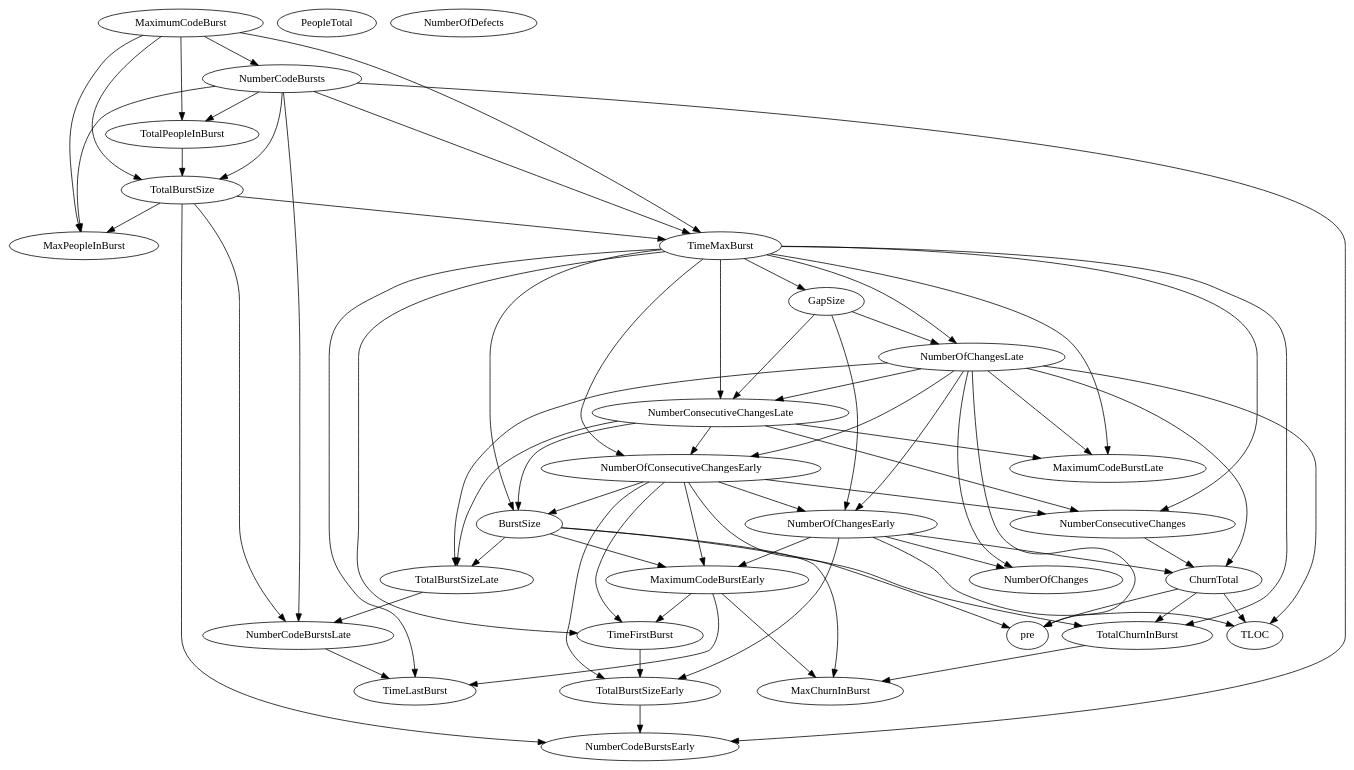
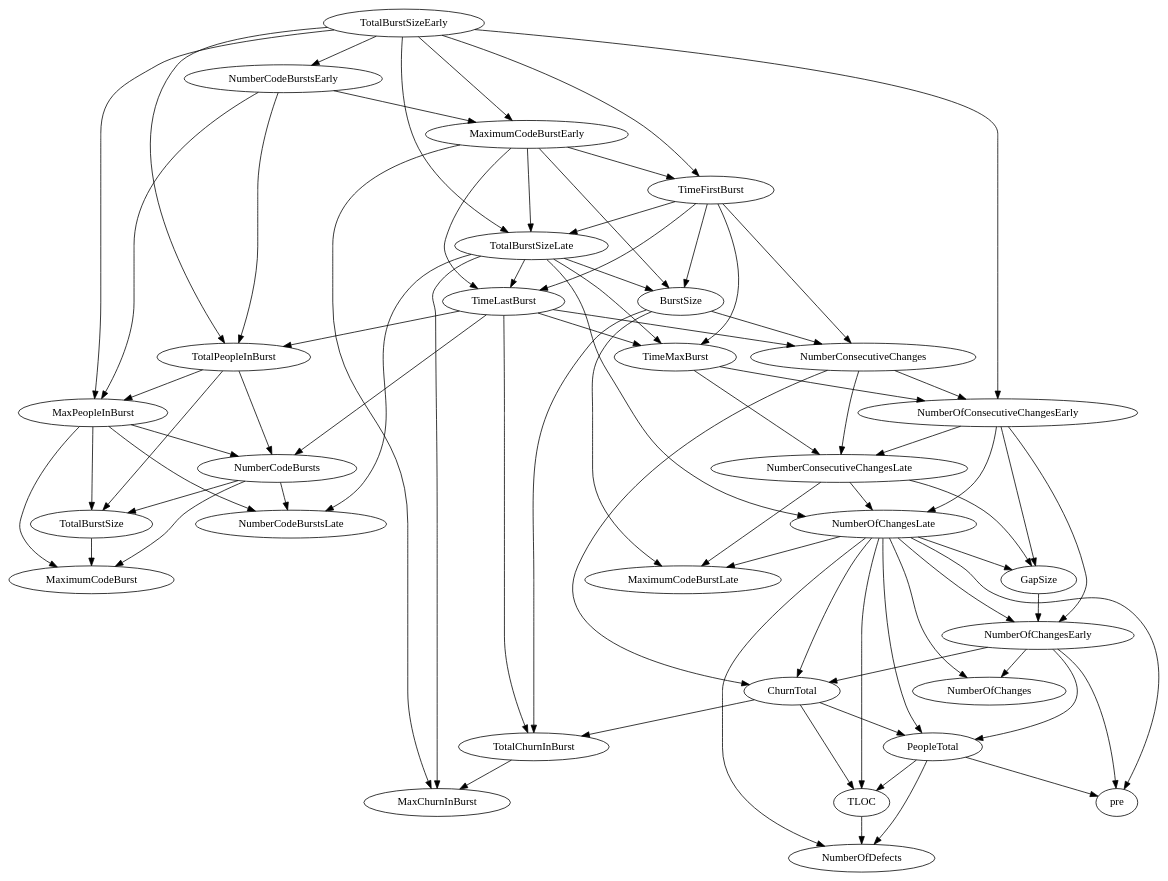
One commit to Broshen/defect_prediction_analysis changed the diagram in experiment_3/bn_graphs/weekly/classes/ECLIPSE20_ALLGAPS_ALLBURSTS/ECLIPSE20_ALLGAPS_ALLBURSTS_bn_5.dot. Above: the diagram before and after it, drawn with Graphviz. The commit also changed 340 other files, not shown here.

```diff
--- a/experiment_3/bn_graphs/weekly/classes/ECLIPSE20_ALLGAPS_ALLBURSTS/ECLIPSE20_ALLGAPS_ALLBURSTS_bn_5.dot
+++ b/experiment_3/bn_graphs/weekly/classes/ECLIPSE20_ALLGAPS_ALLBURSTS/ECLIPSE20_ALLGAPS_ALLBURSTS_bn_5.dot
@@ -1,102 +1,110 @@
 digraph {
    TotalPeopleInBurst;
    MaximumCodeBurstLate;
    NumberOfChanges;
    MaxPeopleInBurst;
    TotalBurstSizeLate;
    NumberCodeBurstsLate;
    NumberOfChangesLate;
    NumberOfChangesEarly;
    MaxChurnInBurst;
    MaximumCodeBurstEarly;
    NumberCodeBurstsEarly;
    TimeFirstBurst;
    TotalChurnInBurst;
    ChurnTotal;
    MaximumCodeBurst;
    NumberOfConsecutiveChangesEarly;
    NumberConsecutiveChangesLate;
    TotalBurstSizeEarly;
    TotalBurstSize;
    TimeMaxBurst;
    NumberConsecutiveChanges;
    TimeLastBurst;
    NumberCodeBursts;
    PeopleTotal;
    pre;
    NumberOfDefects;
    TLOC;
    GapSize;
    BurstSize;
+   TotalPeopleInBurst -> MaxPeopleInBurst;
    TotalPeopleInBurst -> TotalBurstSize;
+   TotalPeopleInBurst -> NumberCodeBursts;
+   MaxPeopleInBurst -> NumberCodeBurstsLate;
+   MaxPeopleInBurst -> MaximumCodeBurst;
+   MaxPeopleInBurst -> TotalBurstSize;
+   MaxPeopleInBurst -> NumberCodeBursts;
    TotalBurstSizeLate -> NumberCodeBurstsLate;
-   NumberCodeBurstsLate -> TimeLastBurst;
+   TotalBurstSizeLate -> NumberOfChangesLate;
+   TotalBurstSizeLate -> MaxChurnInBurst;
+   TotalBurstSizeLate -> TimeMaxBurst;
+   TotalBurstSizeLate -> TimeLastBurst;
+   TotalBurstSizeLate -> BurstSize;
    NumberOfChangesLate -> MaximumCodeBurstLate;
    NumberOfChangesLate -> NumberOfChanges;
-   NumberOfChangesLate -> TotalBurstSizeLate;
    NumberOfChangesLate -> NumberOfChangesEarly;
    NumberOfChangesLate -> ChurnTotal;
-   NumberOfChangesLate -> NumberOfConsecutiveChangesEarly;
-   NumberOfChangesLate -> NumberConsecutiveChangesLate;
+   NumberOfChangesLate -> PeopleTotal;
    NumberOfChangesLate -> pre;
+   NumberOfChangesLate -> NumberOfDefects;
    NumberOfChangesLate -> TLOC;
+   NumberOfChangesLate -> GapSize;
    NumberOfChangesEarly -> NumberOfChanges;
-   NumberOfChangesEarly -> MaximumCodeBurstEarly;
    NumberOfChangesEarly -> ChurnTotal;
-   NumberOfChangesEarly -> TotalBurstSizeEarly;
-   NumberOfChangesEarly -> TLOC;
+   NumberOfChangesEarly -> PeopleTotal;
+   NumberOfChangesEarly -> pre;
+   MaximumCodeBurstEarly -> TotalBurstSizeLate;
    MaximumCodeBurstEarly -> MaxChurnInBurst;
    MaximumCodeBurstEarly -> TimeFirstBurst;
    MaximumCodeBurstEarly -> TimeLastBurst;
-   TimeFirstBurst -> TotalBurstSizeEarly;
+   MaximumCodeBurstEarly -> BurstSize;
+   NumberCodeBurstsEarly -> TotalPeopleInBurst;
+   NumberCodeBurstsEarly -> MaxPeopleInBurst;
+   NumberCodeBurstsEarly -> MaximumCodeBurstEarly;
+   TimeFirstBurst -> TotalBurstSizeLate;
+   TimeFirstBurst -> TimeMaxBurst;
+   TimeFirstBurst -> NumberConsecutiveChanges;
+   TimeFirstBurst -> TimeLastBurst;
+   TimeFirstBurst -> BurstSize;
    TotalChurnInBurst -> MaxChurnInBurst;
    ChurnTotal -> TotalChurnInBurst;
-   ChurnTotal -> pre;
+   ChurnTotal -> PeopleTotal;
    ChurnTotal -> TLOC;
-   MaximumCodeBurst -> TotalPeopleInBurst;
-   MaximumCodeBurst -> MaxPeopleInBurst;
-   MaximumCodeBurst -> TotalBurstSize;
-   MaximumCodeBurst -> TimeMaxBurst;
-   MaximumCodeBurst -> NumberCodeBursts;
+   NumberOfConsecutiveChangesEarly -> NumberOfChangesLate;
    NumberOfConsecutiveChangesEarly -> NumberOfChangesEarly;
-   NumberOfConsecutiveChangesEarly -> MaximumCodeBurstEarly;
-   NumberOfConsecutiveChangesEarly -> TimeFirstBurst;
-   NumberOfConsecutiveChangesEarly -> TotalBurstSizeEarly;
-   NumberOfConsecutiveChangesEarly -> NumberConsecutiveChanges;
-   NumberOfConsecutiveChangesEarly -> pre;
-   NumberOfConsecutiveChangesEarly -> BurstSize;
+   NumberOfConsecutiveChangesEarly -> NumberConsecutiveChangesLate;
+   NumberOfConsecutiveChangesEarly -> GapSize;
    NumberConsecutiveChangesLate -> MaximumCodeBurstLate;
-   NumberConsecutiveChangesLate -> TotalBurstSizeLate;
-   NumberConsecutiveChangesLate -> NumberOfConsecutiveChangesEarly;
-   NumberConsecutiveChangesLate -> NumberConsecutiveChanges;
-   NumberConsecutiveChangesLate -> BurstSize;
+   NumberConsecutiveChangesLate -> NumberOfChangesLate;
+   NumberConsecutiveChangesLate -> GapSize;
+   TotalBurstSizeEarly -> TotalPeopleInBurst;
+   TotalBurstSizeEarly -> MaxPeopleInBurst;
+   TotalBurstSizeEarly -> TotalBurstSizeLate;
+   TotalBurstSizeEarly -> MaximumCodeBurstEarly;
    TotalBurstSizeEarly -> NumberCodeBurstsEarly;
-   TotalBurstSize -> MaxPeopleInBurst;
-   TotalBurstSize -> NumberCodeBurstsLate;
-   TotalBurstSize -> NumberCodeBurstsEarly;
-   TotalBurstSize -> TimeMaxBurst;
-   TimeMaxBurst -> MaximumCodeBurstLate;
-   TimeMaxBurst -> NumberOfChangesLate;
-   TimeMaxBurst -> TimeFirstBurst;
-   TimeMaxBurst -> TotalChurnInBurst;
+   TotalBurstSizeEarly -> TimeFirstBurst;
+   TotalBurstSizeEarly -> NumberOfConsecutiveChangesEarly;
+   TotalBurstSize -> MaximumCodeBurst;
    TimeMaxBurst -> NumberOfConsecutiveChangesEarly;
    TimeMaxBurst -> NumberConsecutiveChangesLate;
-   TimeMaxBurst -> NumberConsecutiveChanges;
-   TimeMaxBurst -> TimeLastBurst;
-   TimeMaxBurst -> GapSize;
-   TimeMaxBurst -> BurstSize;
    NumberConsecutiveChanges -> ChurnTotal;
-   NumberCodeBursts -> TotalPeopleInBurst;
-   NumberCodeBursts -> MaxPeopleInBurst;
+   NumberConsecutiveChanges -> NumberOfConsecutiveChangesEarly;
+   NumberConsecutiveChanges -> NumberConsecutiveChangesLate;
+   TimeLastBurst -> TotalPeopleInBurst;
+   TimeLastBurst -> TotalChurnInBurst;
+   TimeLastBurst -> TimeMaxBurst;
+   TimeLastBurst -> NumberConsecutiveChanges;
+   TimeLastBurst -> NumberCodeBursts;
    NumberCodeBursts -> NumberCodeBurstsLate;
-   NumberCodeBursts -> NumberCodeBurstsEarly;
+   NumberCodeBursts -> MaximumCodeBurst;
    NumberCodeBursts -> TotalBurstSize;
-   NumberCodeBursts -> TimeMaxBurst;
-   GapSize -> NumberOfChangesLate;
+   PeopleTotal -> pre;
+   PeopleTotal -> NumberOfDefects;
+   PeopleTotal -> TLOC;
+   TLOC -> NumberOfDefects;
    GapSize -> NumberOfChangesEarly;
-   GapSize -> NumberConsecutiveChangesLate;
-   BurstSize -> TotalBurstSizeLate;
-   BurstSize -> MaxChurnInBurst;
-   BurstSize -> MaximumCodeBurstEarly;
+   BurstSize -> MaximumCodeBurstLate;
    BurstSize -> TotalChurnInBurst;
+   BurstSize -> NumberConsecutiveChanges;
 }
```
